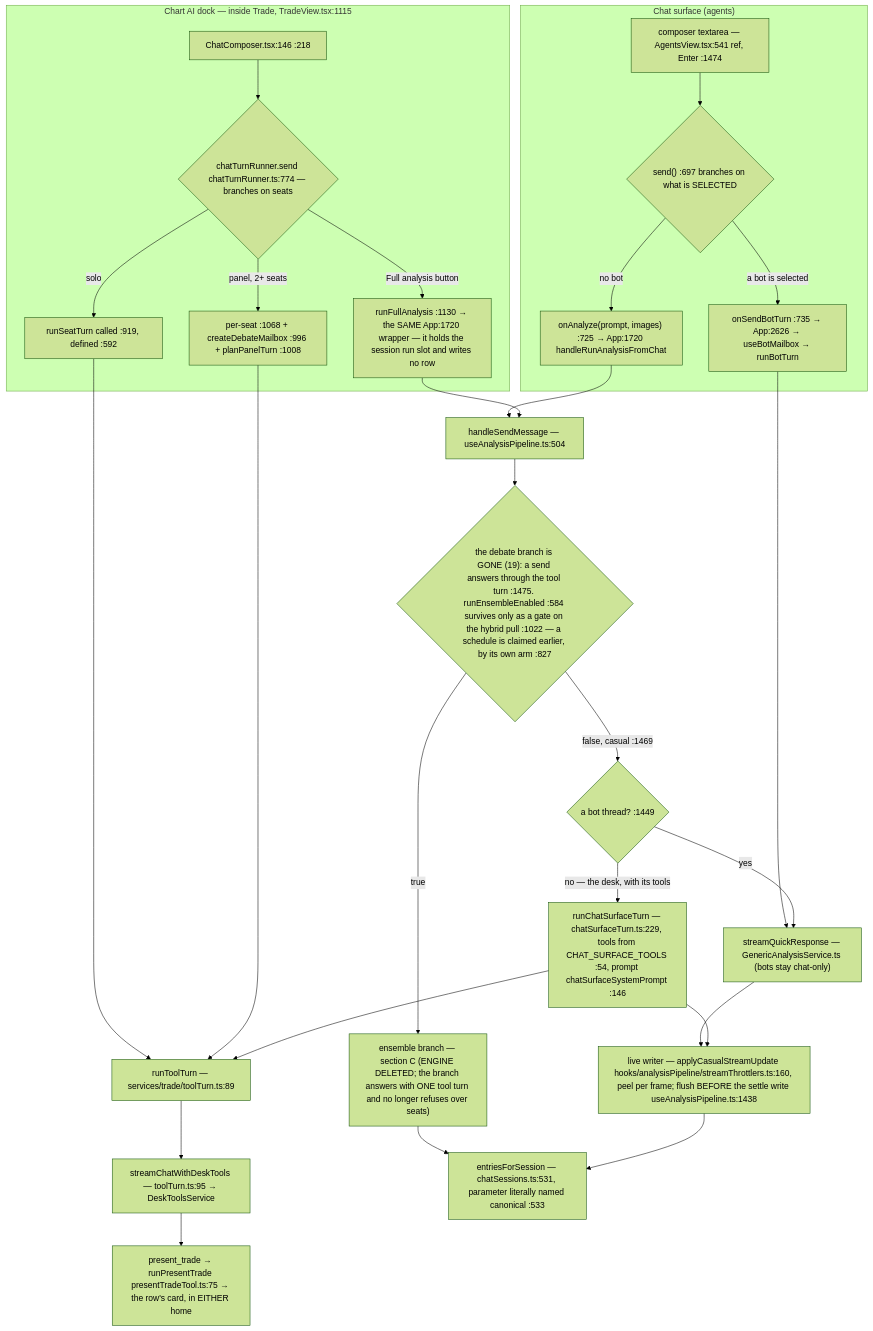
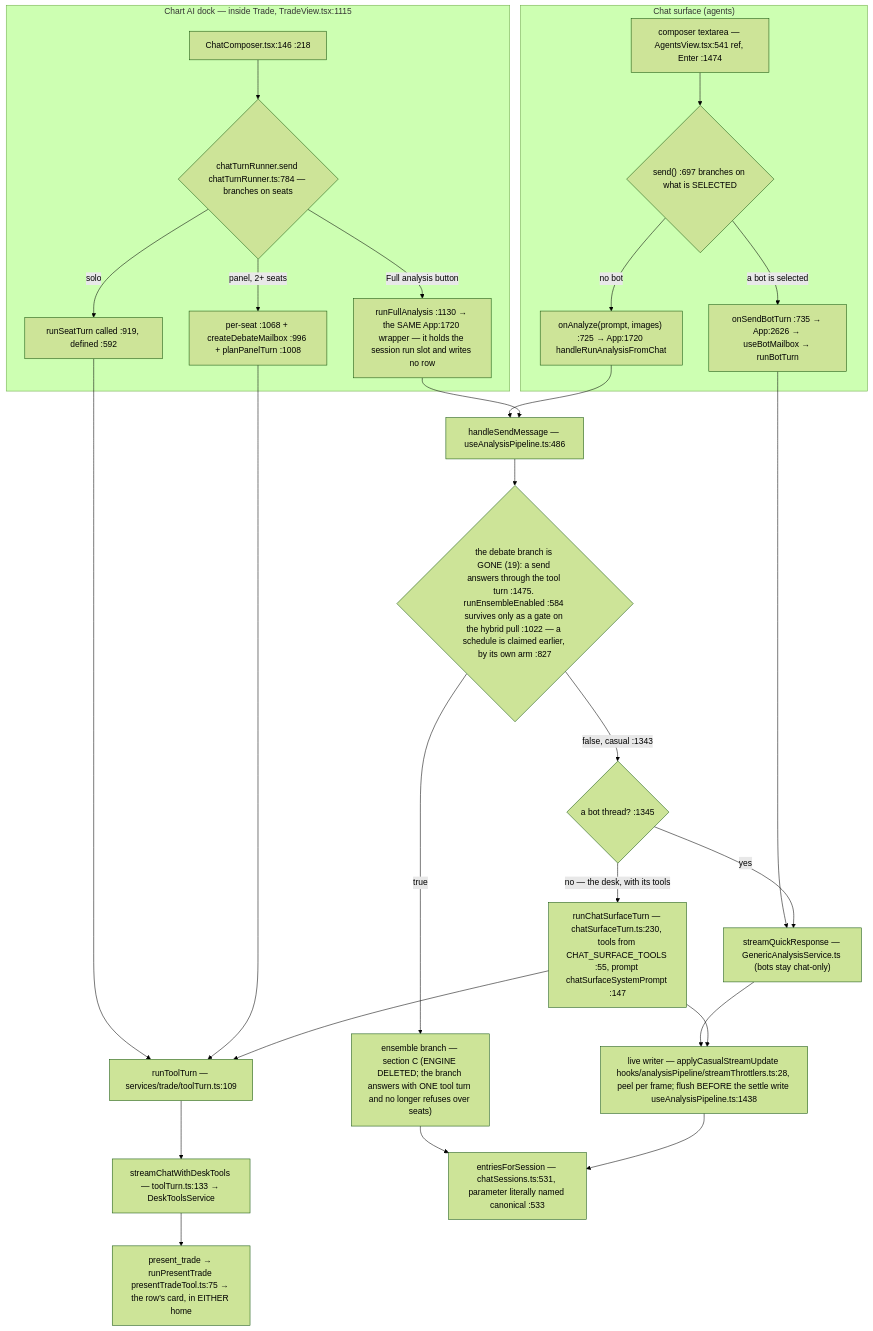
Before and after one commit to Acepay25/august-3.5: the second of 7 diagrams in docs/app-flow.md, drawn with Mermaid (forest theme). The commit also changed other lines of this file and 1 other file, not shown here.

First line of the commit message:
docs(app-flow): re-measure every anchor against the tree the engine deletion left

````diff
--- a/docs/app-flow.md
+++ b/docs/app-flow.md
@@ -50,31 +50,31 @@
 ```mermaid
 flowchart TD
     subgraph CHAT["Chat surface (agents)"]
         CB["composer textarea — AgentsView.tsx:541 ref, Enter :1474"] --> D1{"send() :697 branches on what is SELECTED"}
         D1 -->|a bot is selected| BOT["onSendBotTurn :735 → App:2626 → useBotMailbox → runBotTurn"]
         D1 -->|no bot| AN["onAnalyze(prompt, images) :725 → App:1720 handleRunAnalysisFromChat"]
     end
     subgraph DOCK["Chart AI dock — inside Trade, TradeView.tsx:1115"]
-        DC["ChatComposer.tsx:146 :218"] --> D2{"chatTurnRunner.send chatTurnRunner.ts:774 — branches on seats"}
+        DC["ChatComposer.tsx:146 :218"] --> D2{"chatTurnRunner.send chatTurnRunner.ts:784 — branches on seats"}
         D2 -->|solo| SO["runSeatTurn called :919, defined :592"]
         D2 -->|panel, 2+ seats| PN["per-seat :1068 + createDebateMailbox :996 + planPanelTurn :1008"]
         D2 -->|Full analysis button| FA["runFullAnalysis :1130 → the SAME App:1720 wrapper — it holds the session run slot and writes no row"]
     end
-    SO --> TT["runToolTurn — services/trade/toolTurn.ts:89"]
+    SO --> TT["runToolTurn — services/trade/toolTurn.ts:109"]
     PN --> TT
-    TT --> SCDT["streamChatWithDeskTools — toolTurn.ts:95 → DeskToolsService"]
+    TT --> SCDT["streamChatWithDeskTools — toolTurn.ts:133 → DeskToolsService"]
     BOT --> TR["streamQuickResponse — GenericAnalysisService.ts (bots stay chat-only)"]
-    AN --> HSM["handleSendMessage — useAnalysisPipeline.ts:504"]
+    AN --> HSM["handleSendMessage — useAnalysisPipeline.ts:486"]
     FA --> HSM
     HSM --> D3{"the debate branch is GONE (19): a send answers through the tool turn :1475. runEnsembleEnabled :584 survives only as a gate on the hybrid pull :1022 — a schedule is claimed earlier, by its own arm :827"}
     D3 -->|true| ENS["ensemble branch — section C (ENGINE DELETED; the branch answers with ONE tool turn and no longer refuses over seats)"]
-    D3 -->|false, casual :1469| SPLIT{"a bot thread? :1449"}
+    D3 -->|false, casual :1343| SPLIT{"a bot thread? :1345"}
     SPLIT -->|yes| TR
-    SPLIT -->|no — the desk, with its tools| CST["runChatSurfaceTurn — chatSurfaceTurn.ts:229, tools from CHAT_SURFACE_TOOLS :54, prompt chatSurfaceSystemPrompt :146"]
+    SPLIT -->|no — the desk, with its tools| CST["runChatSurfaceTurn — chatSurfaceTurn.ts:230, tools from CHAT_SURFACE_TOOLS :55, prompt chatSurfaceSystemPrompt :147"]
     CST --> TT
-    TR --> LW["live writer — applyCasualStreamUpdate hooks/analysisPipeline/streamThrottlers.ts:160, peel per frame; flush BEFORE the settle write useAnalysisPipeline.ts:1438"]
+    TR --> LW["live writer — applyCasualStreamUpdate hooks/analysisPipeline/streamThrottlers.ts:28, peel per frame; flush BEFORE the settle write useAnalysisPipeline.ts:1438"]
     CST --> LW
     ENS --> MERGE
     LW --> MERGE["entriesForSession — chatSessions.ts:531, parameter literally named canonical :533"]
     SCDT --> PT["present_trade → runPresentTrade presentTradeTool.ts:75 → the row's card, in EITHER home"]
 ```
````
